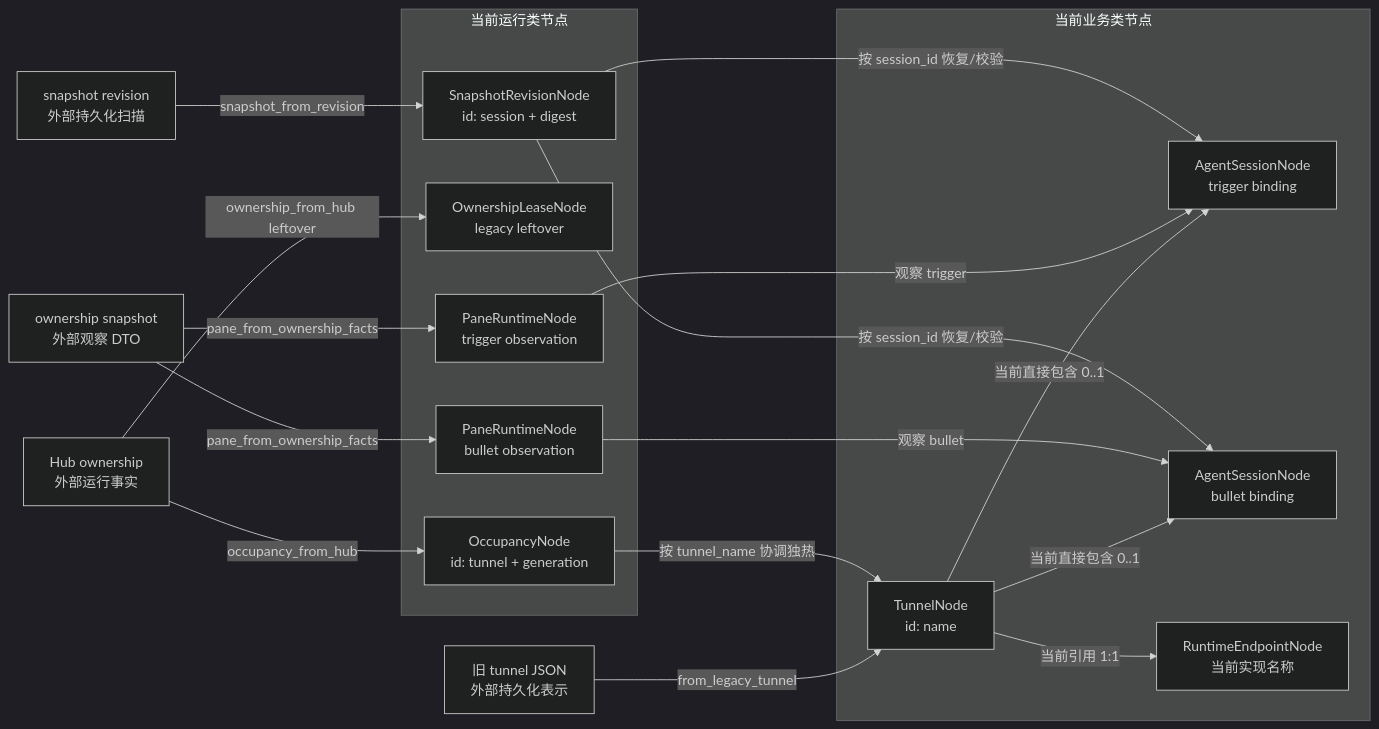
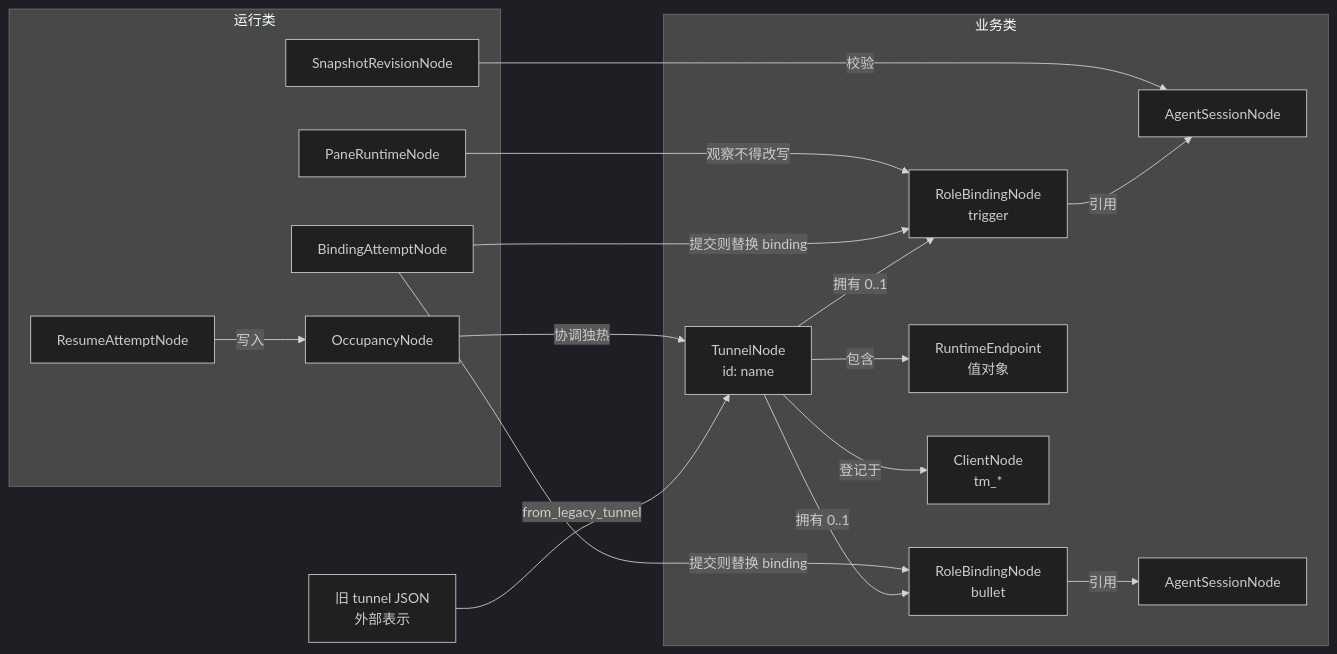
The diagram in datanode/DATANODE.md (yukai08008/dual-tmux), drawn with Mermaid (dark theme) before and after one commit. The commit also changed other lines of this file and 28 other files, not shown here.

First line of the commit message:
feat: bind freeze through BindingAttempt and expose occupancy

````diff
--- a/datanode/DATANODE.md
+++ b/datanode/DATANODE.md
@@ -43,37 +31,36 @@
 ```mermaid
 flowchart LR
-  Legacy["旧 tunnel JSON<br/>外部持久化表示"]
-  Hub["Hub ownership<br/>外部运行事实"]
-  Facts["ownership snapshot<br/>外部观察 DTO"]
-  Persist["snapshot revision<br/>外部持久化扫描"]
+  Legacy["旧 tunnel JSON<br/>外部表示"]
 
-  subgraph Business["当前业务类节点"]
+  subgraph Business["业务类"]
     Tunnel["TunnelNode<br/>id: name"]
-    Trigger["AgentSessionNode<br/>trigger binding"]
-    Bullet["AgentSessionNode<br/>bullet binding"]
-    Endpoint["RuntimeEndpointNode<br/>当前实现名称"]
+    TriggerBind["RoleBindingNode<br/>trigger"]
+    BulletBind["RoleBindingNode<br/>bullet"]
+    TriggerSes["AgentSessionNode"]
+    BulletSes["AgentSessionNode"]
+    Endpoint["RuntimeEndpoint<br/>值对象"]
+    Client["ClientNode<br/>tm_*"]
   end
 
-  subgraph Runtime["当前运行类节点"]
-    Occupancy["OccupancyNode<br/>id: tunnel + generation"]
-    Lease["OwnershipLeaseNode<br/>legacy leftover"]
-    TriggerPane["PaneRuntimeNode<br/>trigger observation"]
-    BulletPane["PaneRuntimeNode<br/>bullet observation"]
-    Snapshot["SnapshotRevisionNode<br/>id: session + digest"]
+  subgraph Runtime["运行类"]
+    Occupancy["OccupancyNode"]
+    Attempt["BindingAttemptNode"]
+    Resume["ResumeAttemptNode"]
+    Pane["PaneRuntimeNode"]
+    Snapshot["SnapshotRevisionNode"]
   end
 
   Legacy -->|"from_legacy_tunnel"| Tunnel
-  Tunnel -->|"当前直接包含 0..1"| Trigger
-  Tunnel -->|"当前直接包含 0..1"| Bullet
-  Tunnel -->|"当前引用 1:1"| Endpoint
-  Hub -->|"occupancy_from_hub"| Occupancy
-  Occupancy -->|"按 tunnel_name 协调独热"| Tunnel
-  Hub -->|"ownership_from_hub leftover"| Lease
-  Facts -->|"pane_from_ownership_facts"| TriggerPane
-  Facts -->|"pane_from_ownership_facts"| BulletPane
-  TriggerPane -->|"观察 trigger"| Trigger
-  BulletPane -->|"观察 bullet"| Bullet
-  Persist -->|"snapshot_from_revision"| Snapshot
-  Snapshot -->|"按 session_id 恢复/校验"| Trigger
-  Snapshot -->|"按 session_id 恢复/校验"| Bullet
+  Tunnel -->|"拥有 0..1"| TriggerBind
+  Tunnel -->|"拥有 0..1"| BulletBind
+  TriggerBind -->|"引用"| TriggerSes
+  BulletBind -->|"引用"| BulletSes
+  Tunnel -->|"包含"| Endpoint
+  Tunnel -->|"登记于"| Client
+  Occupancy -->|"协调独热"| Tunnel
+  Attempt -->|"提交则替换 binding"| TriggerBind
+  Attempt -->|"提交则替换 binding"| BulletBind
+  Resume -->|"写入"| Occupancy
+  Pane -->|"观察不得改写"| TriggerBind
+  Snapshot -->|"校验"| TriggerSes
 ```
````
